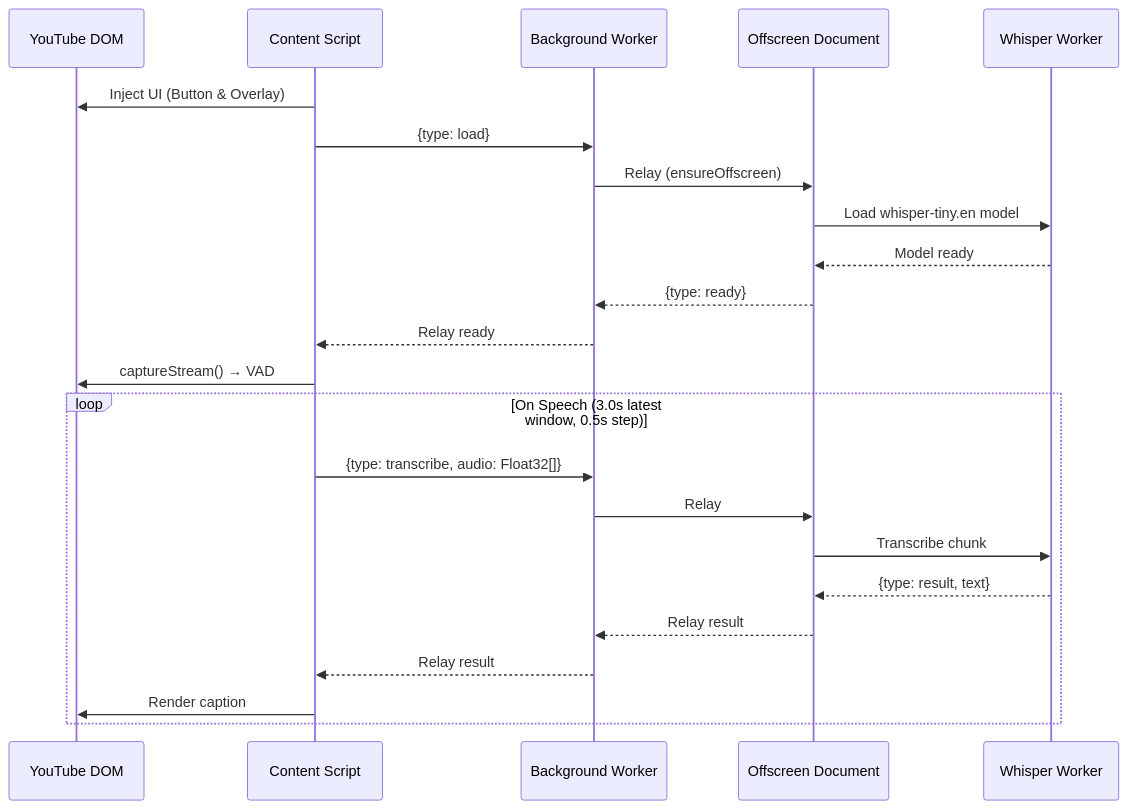
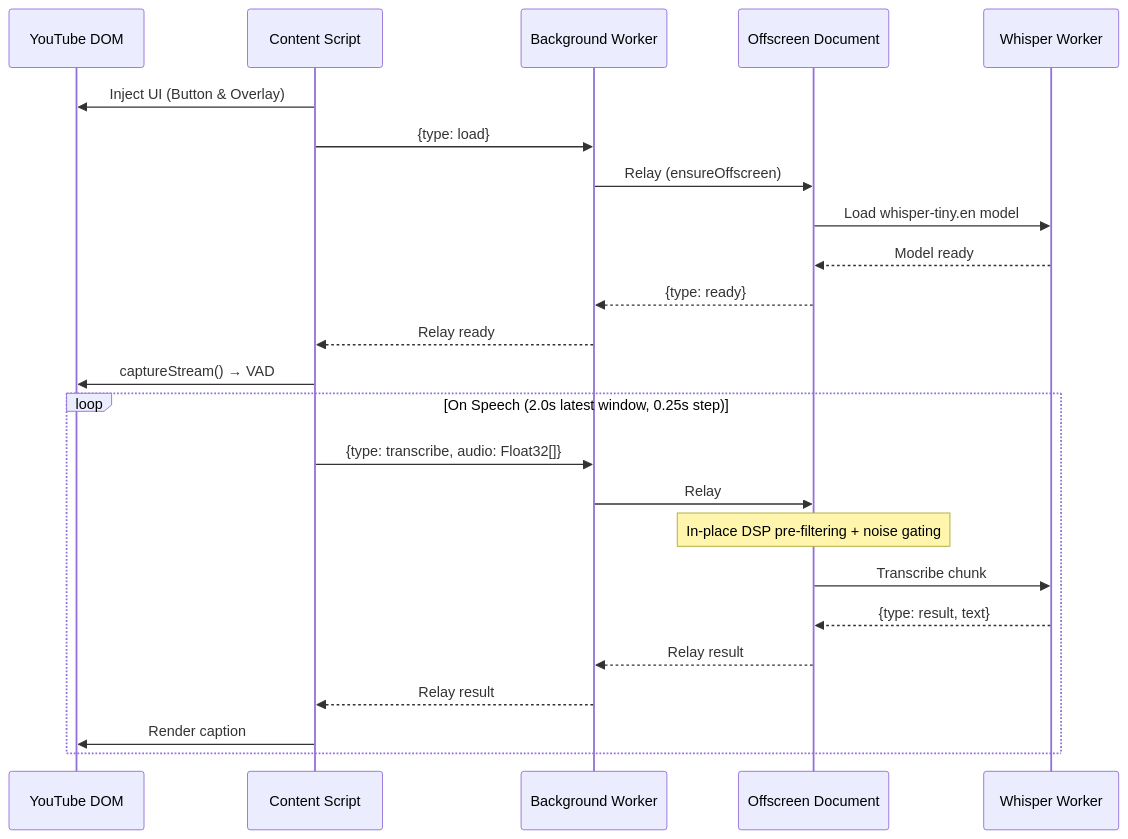
Before and after one commit to pranansh-s/mute.ly: the first of 2 diagrams in README.md, drawn with Mermaid. The commit also changed other lines of this file, not shown here.

````diff
--- a/README.md
+++ b/README.md
@@ -24,27 +74,28 @@
 ```mermaid
 sequenceDiagram
     participant YT as YouTube DOM
     participant CS as Content Script
     participant BG as Background Worker
     participant OD as Offscreen Document
     participant WW as Whisper Worker
 
     CS->>YT: Inject UI (Button & Overlay)
     CS->>BG: {type: load}
     BG->>OD: Relay (ensureOffscreen)
     OD->>WW: Load whisper-tiny.en model
     WW-->>OD: Model ready
     OD-->>BG: {type: ready}
     BG-->>CS: Relay ready
 
     CS->>YT: captureStream() → VAD
-    loop On Speech (3.0s latest window, 0.5s step)
+    loop On Speech (2.0s latest window, 0.25s step)
         CS->>BG: {type: transcribe, audio: Float32[]}
         BG->>OD: Relay
+        Note over OD: In-place DSP pre-filtering + noise gating
         OD->>WW: Transcribe chunk
         WW-->>OD: {type: result, text}
         OD-->>BG: Relay result
         BG-->>CS: Relay result
         CS->>YT: Render caption
     end
 ```
````
